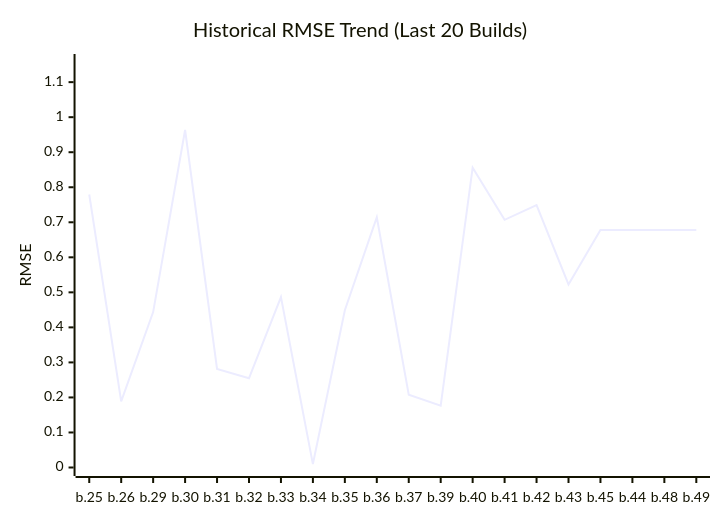
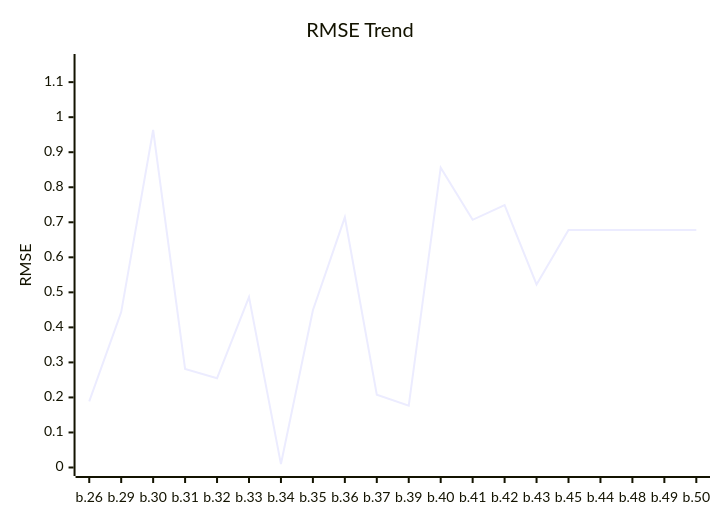
Before and after one commit to timo-eberl/tracy: the first of 2 diagrams in README.md, drawn with Mermaid. The commit also changed other lines of this file and 3 other files, not shown here.

````diff
--- a/README.md
+++ b/README.md
@@ -13,7 +13,7 @@
 ```mermaid
 xychart-beta
-    title "Historical RMSE Trend (Last 20 Builds)"
-    x-axis ["b.25", "b.26", "b.29", "b.30", "b.31", "b.32", "b.33", "b.34", "b.35", "b.36", "b.37", "b.39", "b.40", "b.41", "b.42", "b.43", "b.45", "b.44", "b.48", "b.49"]
+    title "RMSE Trend"
+    x-axis ["b.26", "b.29", "b.30", "b.31", "b.32", "b.33", "b.34", "b.35", "b.36", "b.37", "b.39", "b.40", "b.41", "b.42", "b.43", "b.45", "b.44", "b.48", "b.49", "b.50"]
     y-axis "RMSE" 0 --> 1.1561
-    line [0.7793, 0.1888, 0.4436, 0.9634, 0.2812, 0.2549, 0.4864, 0.0098, 0.4489, 0.7142, 0.2079, 0.1763, 0.8557, 0.7071, 0.749, 0.5226, 0.677836, 0.677984, 0.678, 0.678]
+    line [0.1888, 0.4436, 0.9634, 0.2812, 0.2549, 0.4864, 0.0098, 0.4489, 0.7142, 0.2079, 0.1763, 0.8557, 0.7071, 0.749, 0.5226, 0.677836, 0.677984, 0.678, 0.678, 0.678]
 ```
````
